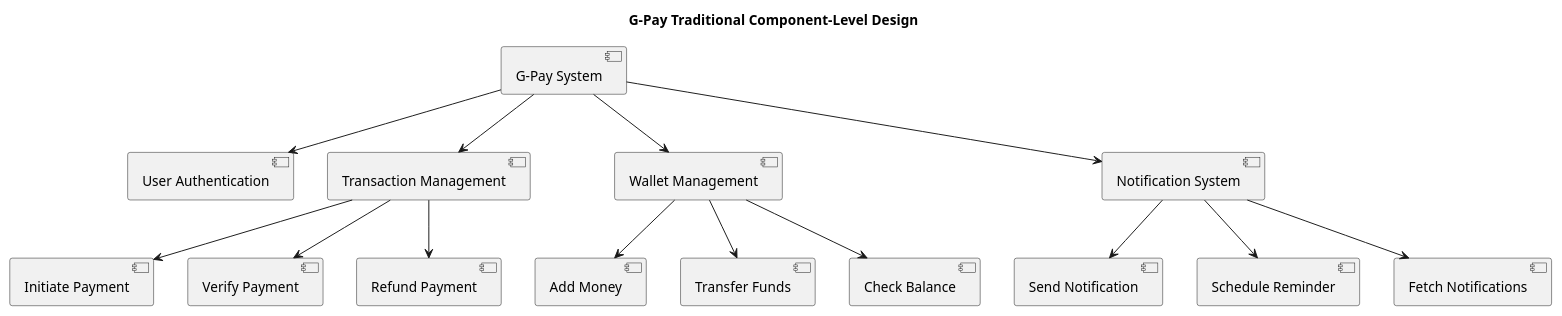
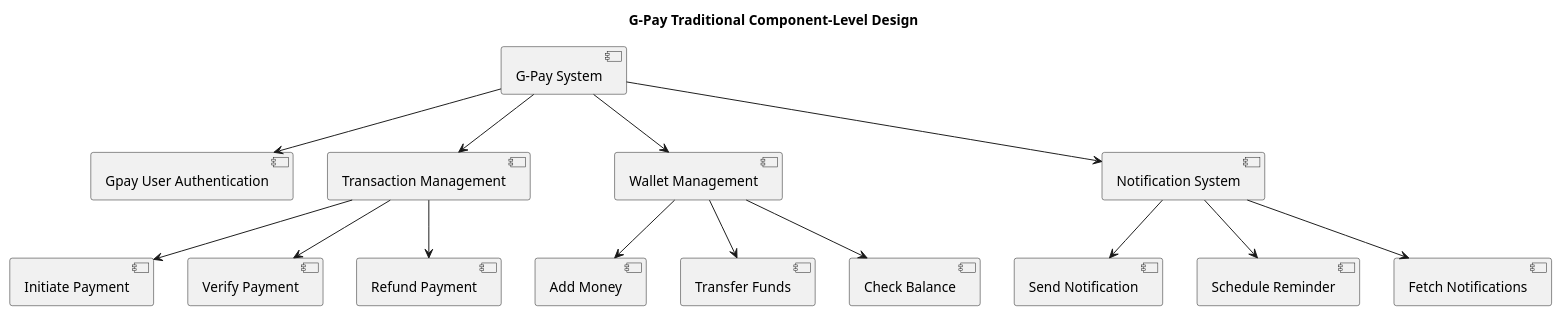
One commit to IIITLucknowSWEngg/CSAICSBTeam017 changed the third of 4 diagrams in Assignment/Architecture.md. Above: the diagram before and after it, drawn with PlantUML. The commit also changed other lines of this file and 7 other files, not shown here.

Commit message:
user to gpay user

````diff
--- a/Assignment/Architecture.md
+++ b/Assignment/Architecture.md
@@ -212,49 +212,49 @@
 ```plantuml
 
 @startuml
 title G-Pay Traditional Component-Level Design
 
 ' Main Component
 component "G-Pay System" as GPay
 
 ' Subcomponents
-component "User Authentication" as Auth
+component "Gpay User Authentication" as Auth
 component "Transaction Management" as Transaction
 component "Wallet Management" as Wallet
 component "Notification System" as Notification
 
 ' Lower-Level Components for Transaction Management
 component "Initiate Payment" as InitPayment
 component "Verify Payment" as VerifyPayment
 component "Refund Payment" as RefundPayment
 
 ' Lower-Level Components for Wallet Management
 component "Add Money" as AddMoney
 component "Transfer Funds" as TransferFunds
 component "Check Balance" as CheckBalance
 
 ' Lower-Level Components for Notification System
 component "Send Notification" as SendNotification
 component "Schedule Reminder" as ScheduleReminder
 component "Fetch Notifications" as FetchNotifications
 
 ' Connections
 GPay --> Auth
 GPay --> Transaction
 GPay --> Wallet
 GPay --> Notification
 
 Transaction --> InitPayment
 Transaction --> VerifyPayment
 Transaction --> RefundPayment
 
 Wallet --> AddMoney
 Wallet --> TransferFunds
 Wallet --> CheckBalance
 
 Notification --> SendNotification
 Notification --> ScheduleReminder
 Notification --> FetchNotifications
 @enduml
 
 ```
````
